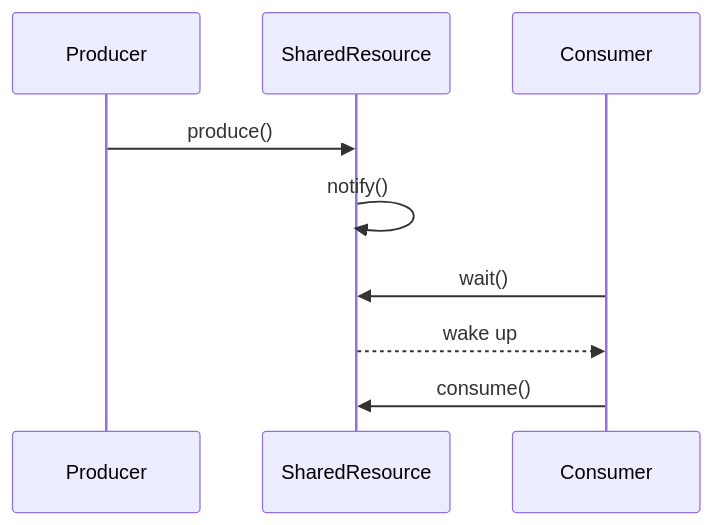
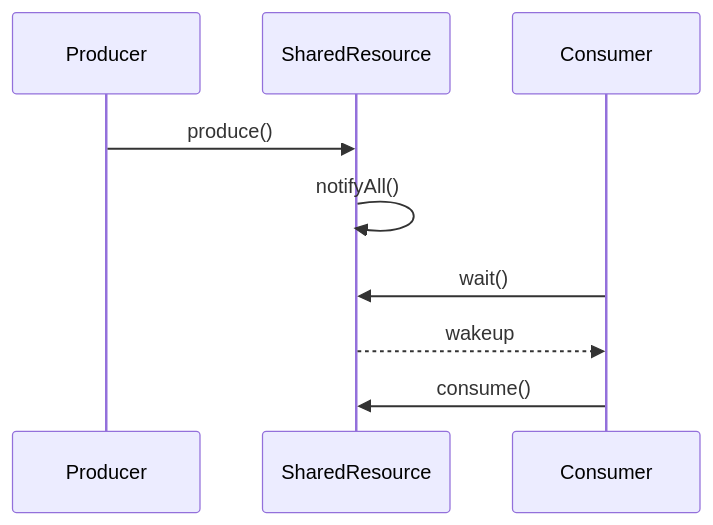
Before and after one commit to kennethazin/CSC1101_Multithread_Farm: the third of 3 diagrams in design.MD, drawn with Mermaid. The commit also changed other lines of this file, not shown here.

````diff
--- a/design.MD
+++ b/design.MD
@@ -101,11 +166,12 @@
 ```mermaid
 sequenceDiagram
     participant Producer
     participant SharedResource
     participant Consumer
+
     Producer->>SharedResource: produce()
-    SharedResource->>SharedResource: notify()
+    SharedResource->>SharedResource: notifyAll()
     Consumer->>SharedResource: wait()
-    SharedResource-->>Consumer: wake up
+    SharedResource-->>Consumer: wakeup
     Consumer->>SharedResource: consume()
 ```
````
